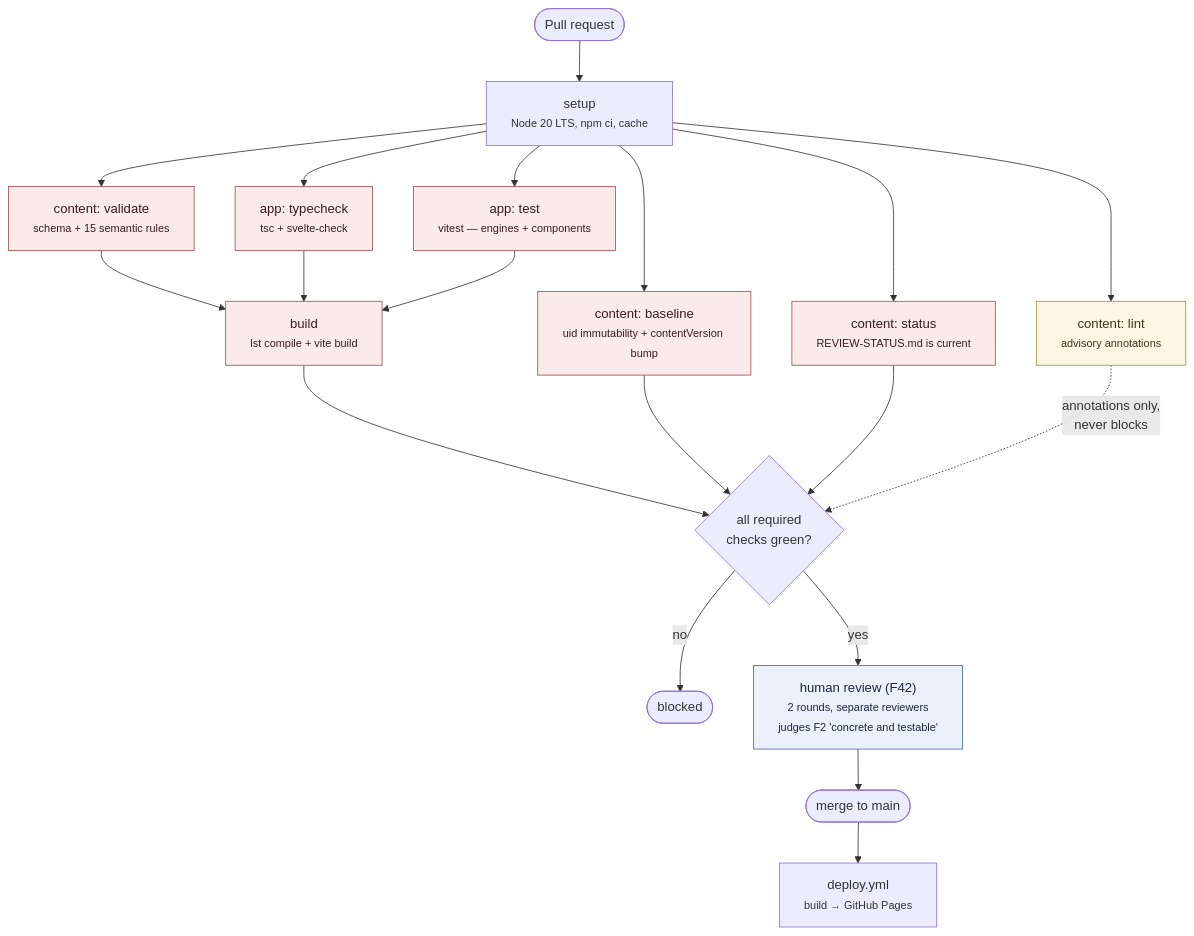
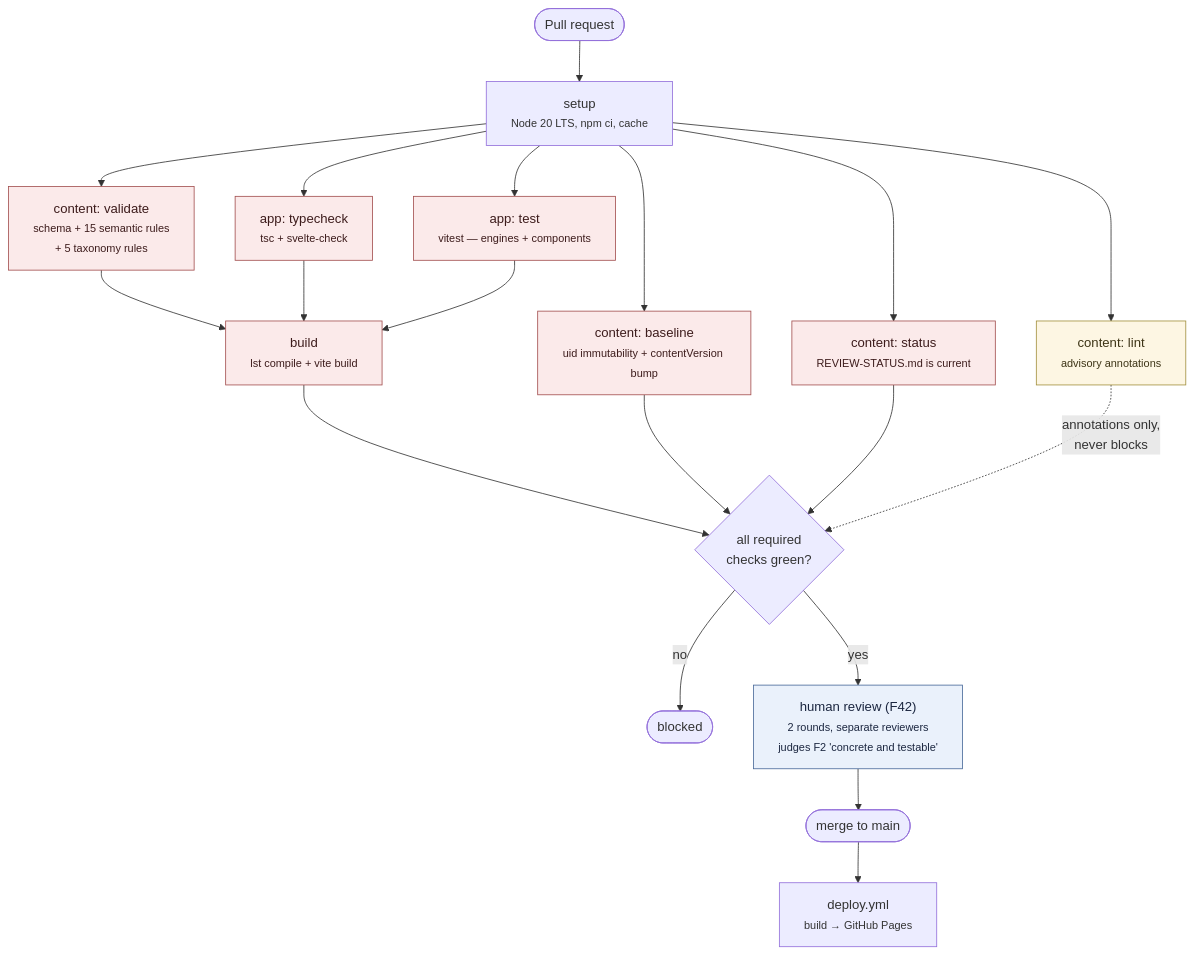
Before and after one commit to lifeskilltracker/lifeskilltracker.github.io: the fourth of 9 diagrams in docs/ARCHITECTURE.md, drawn with Mermaid. The commit also changed other lines of this file and 8 other files, not shown here.

````diff
--- a/docs/ARCHITECTURE.md
+++ b/docs/ARCHITECTURE.md
@@ -858,32 +882,32 @@
 ```mermaid
 flowchart TD
     PR([Pull request]) --> SETUP["setup<br/><small>Node 20 LTS, npm ci, cache</small>"]
 
-    SETUP --> V["content: validate<br/><small>schema + 15 semantic rules</small>"]
+    SETUP --> V["content: validate<br/><small>schema + 15 semantic rules<br/>+ 5 taxonomy rules</small>"]
     SETUP --> B["content: baseline<br/><small>uid immutability + contentVersion bump</small>"]
     SETUP --> L["content: lint<br/><small>advisory annotations</small>"]
     SETUP --> ST["content: status<br/><small>REVIEW-STATUS.md is current</small>"]
     SETUP --> TC["app: typecheck<br/><small>tsc + svelte-check</small>"]
     SETUP --> T["app: test<br/><small>vitest — engines + components</small>"]
 
     V --> BUILD["build<br/><small>lst compile + vite build</small>"]
     TC --> BUILD
     T --> BUILD
 
     BUILD --> GATE{"all required<br/>checks green?"}
     B --> GATE
     ST --> GATE
     L -. "annotations only,<br/>never blocks" .-> GATE
 
     GATE -->|no| FAIL([blocked])
     GATE -->|yes| REVIEW["human review (F42)<br/><small>2 rounds, separate reviewers<br/>judges F2 'concrete and testable'</small>"]
     REVIEW --> MERGE([merge to main])
     MERGE --> DEPLOY["deploy.yml<br/><small>build → GitHub Pages</small>"]
 
     classDef gate fill:#fbeaea,stroke:#a35050,color:#3d1c1c
     classDef advisory fill:#fdf6e3,stroke:#a3903f,color:#3d3416
     classDef human fill:#eaf1fb,stroke:#4a6a9a,color:#1c2740
     class V,B,ST,TC,T,BUILD gate
     class L advisory
     class REVIEW human
 ```
````
